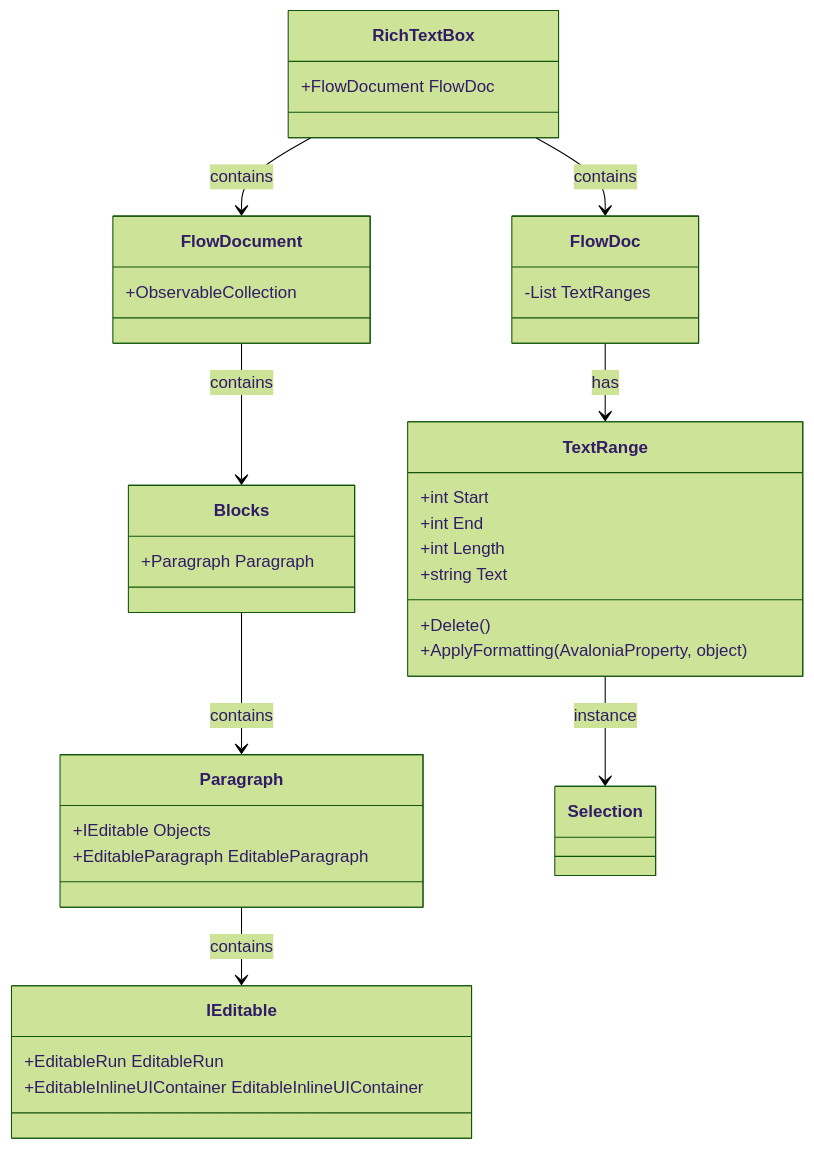
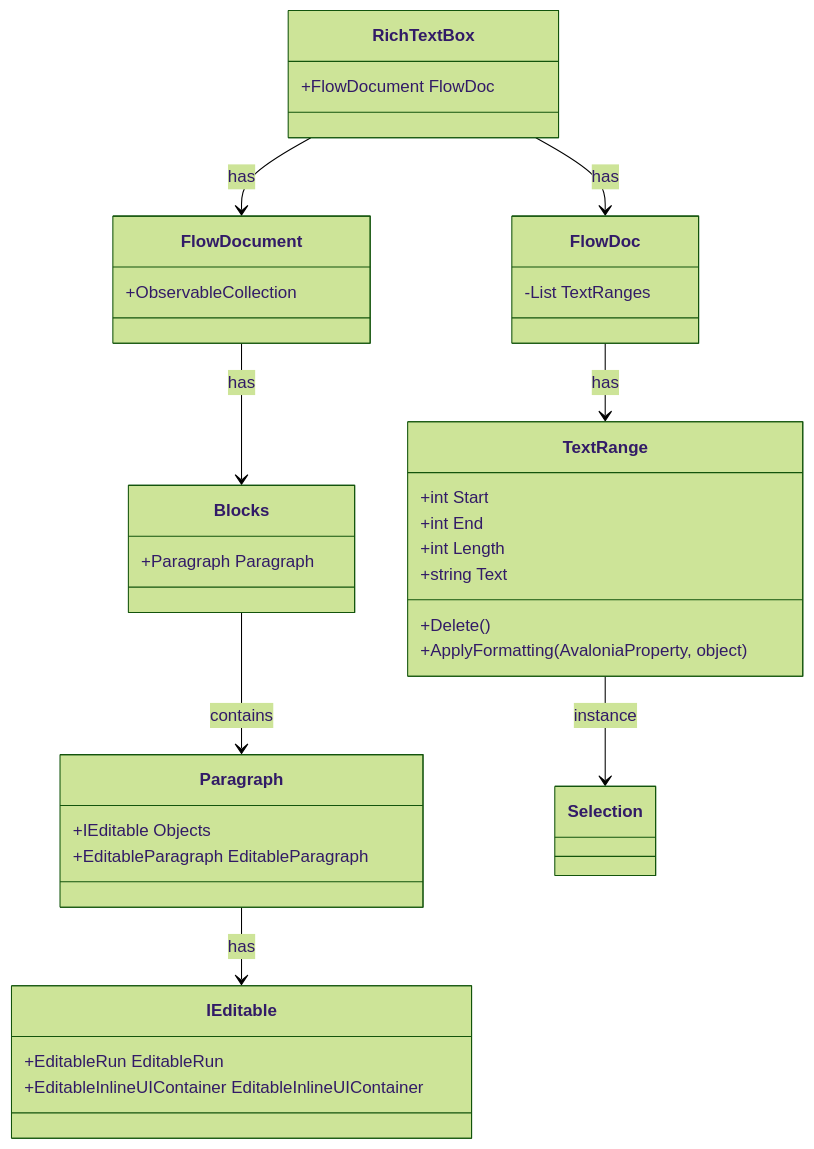
One commit to cuikp/AvRichTextBox changed the diagram in README.md. Above: the diagram before and after it, drawn with Mermaid (forest theme). The commit also changed other lines of this file and 17 other files, not shown here.

````diff
--- a/README.md
+++ b/README.md
@@ -13,42 +13,42 @@
 ```mermaid
 classDiagram
     class RichTextBox{
         +FlowDocument FlowDoc
     }
     class FlowDocument{
         +ObservableCollection<Blocks>
     }
     class FlowDoc{
         -List<TextRange> TextRanges
     }
     class Blocks{
         +Paragraph Paragraph
     }
     class Paragraph{
         +IEditable Objects
         +EditableParagraph EditableParagraph
     }
     class IEditable{
         +EditableRun EditableRun
         +EditableInlineUIContainer EditableInlineUIContainer
     }
     class Selection{
     }
     class TextRange{
         +int Start
         +int End
         +int Length
         +Delete()
         +string Text
         +ApplyFormatting(AvaloniaProperty,  object)
     }
 
-    RichTextBox --> FlowDocument : contains
-    FlowDocument --> Blocks : contains
+    RichTextBox --> FlowDocument : has
+    FlowDocument --> Blocks : has
     FlowDoc --> TextRange : has
     Blocks --> Paragraph : contains
-    Paragraph --> IEditable : contains
+    Paragraph --> IEditable : has
     TextRange --> Selection : instance
-    RichTextBox --> FlowDoc : contains
+    RichTextBox --> FlowDoc : has
 
 ```
````
